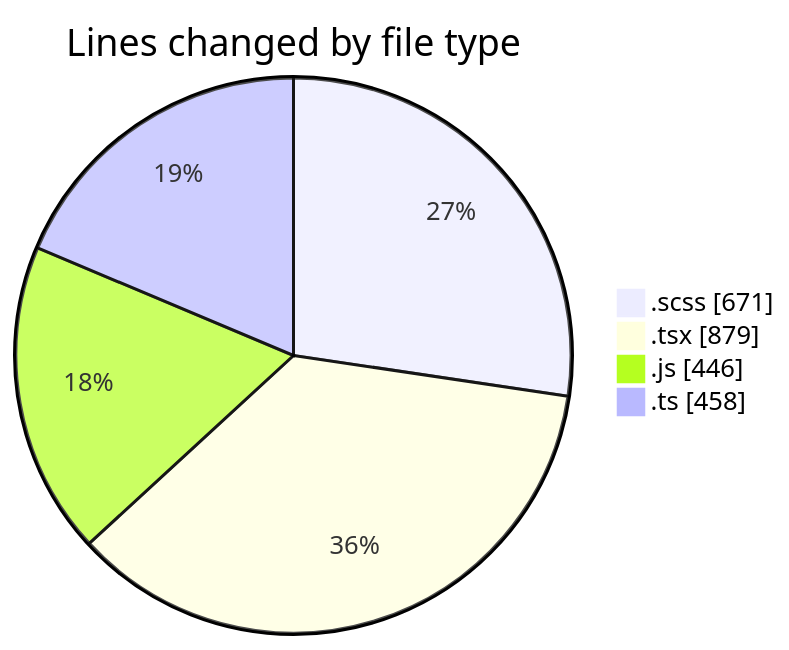
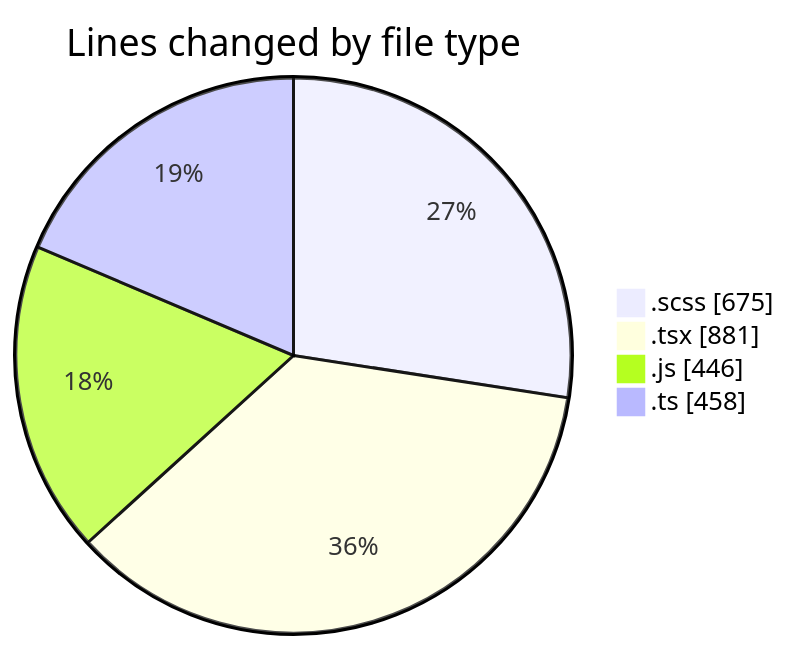
Before and after one commit to momahboobian/code-tracking: the first of 2 diagrams in 2025-03-14/cda/README.md, drawn with Mermaid. The commit also changed other lines of this file and 1 other file, not shown here.

````diff
--- a/2025-03-14/cda/README.md
+++ b/2025-03-14/cda/README.md
@@ -34,8 +34,8 @@
 ```mermaid
 pie showData
 title Lines changed by file type
-".scss" : 671
-".tsx" : 879
+".scss" : 675
+".tsx" : 881
 ".js" : 446
 ".ts" : 458
 ```
````
